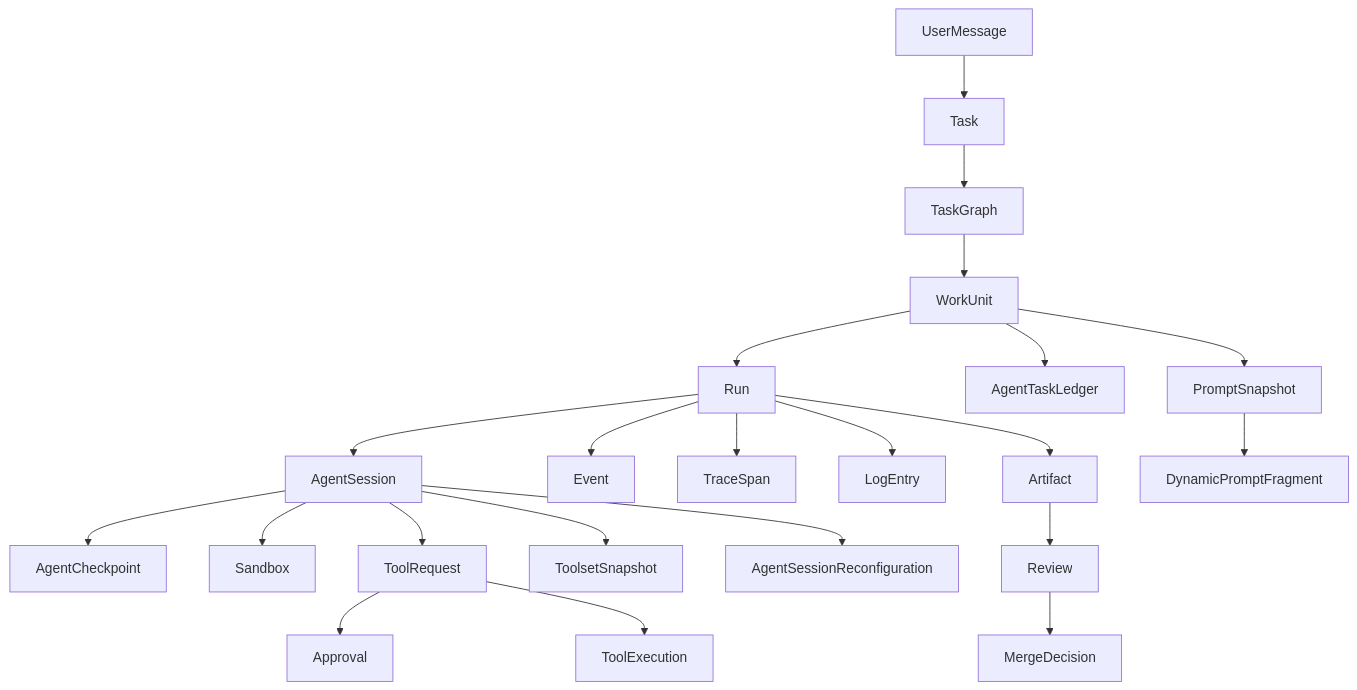
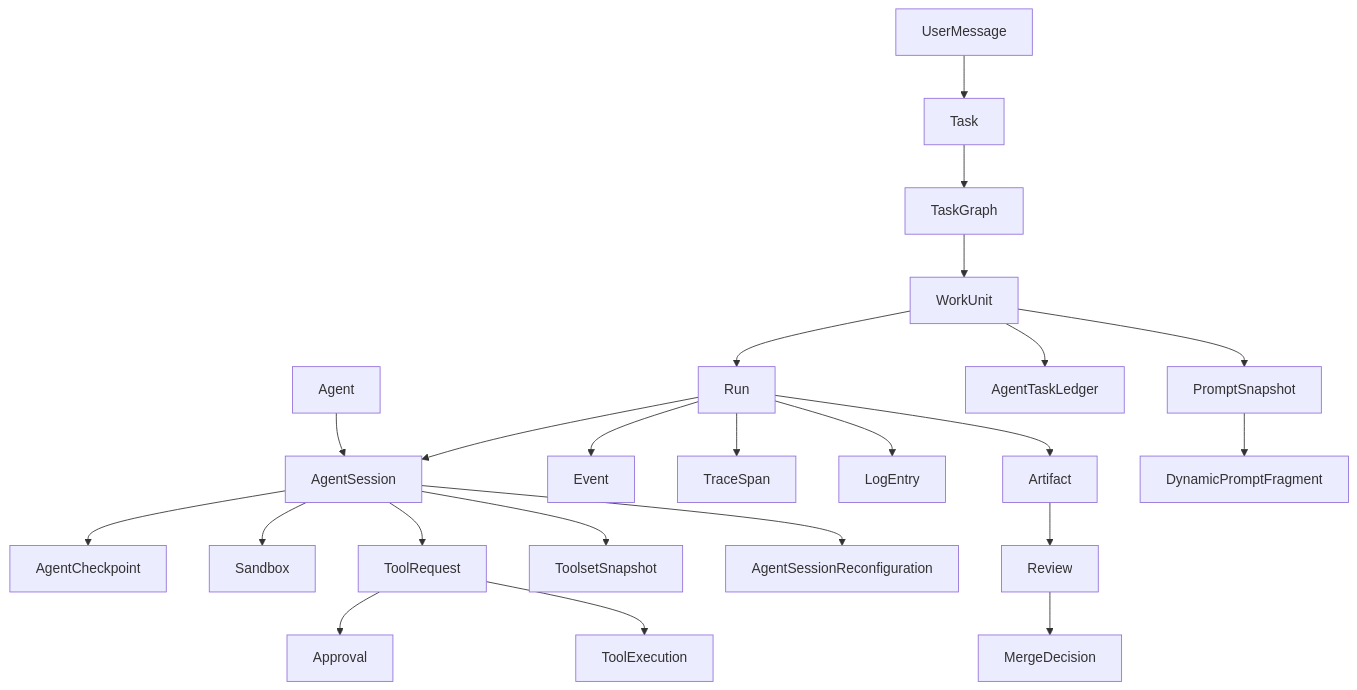
The diagram in docs/architecture/domain-model.md (levygit837-cyber/OrchestraOS), drawn with Mermaid before and after one commit. The commit also changed other lines of this file and 5 other files, not shown here.

````diff
--- a/docs/architecture/domain-model.md
+++ b/docs/architecture/domain-model.md
@@ -508,24 +508,25 @@
 ```mermaid
 flowchart TD
     UserMessage --> Task
     Task --> TaskGraph
     TaskGraph --> WorkUnit
     WorkUnit --> Run
+    Agent --> AgentSession
     Run --> AgentSession
     AgentSession --> AgentCheckpoint
     AgentSession --> Sandbox
     AgentSession --> ToolRequest
     ToolRequest --> Approval
     ToolRequest --> ToolExecution
     Run --> Event
     Run --> TraceSpan
     Run --> LogEntry
     Run --> Artifact
     WorkUnit --> AgentTaskLedger
     WorkUnit --> PromptSnapshot
     PromptSnapshot --> DynamicPromptFragment
     AgentSession --> ToolsetSnapshot
     AgentSession --> AgentSessionReconfiguration
     Artifact --> Review
     Review --> MergeDecision
 ```
````
